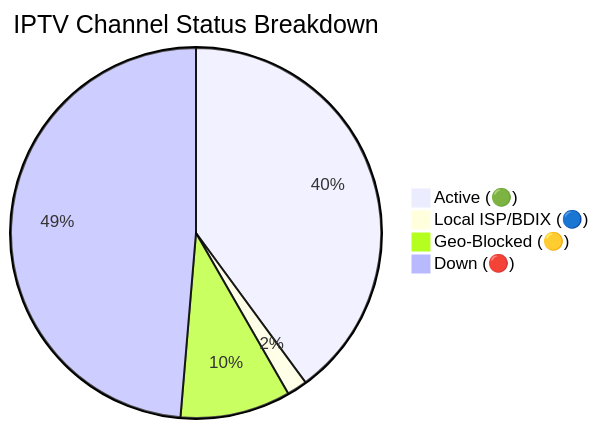
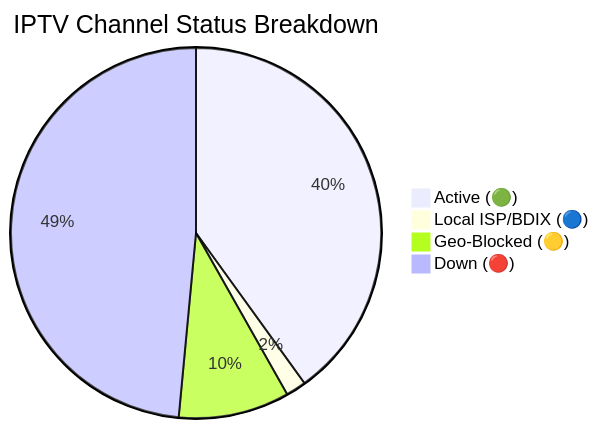
One commit to andreataylord/Ip-tv-Collection changed the diagram in README.md. Above: the diagram before and after it, drawn with Mermaid. The commit also changed other lines of this file and 2 other files, not shown here.

````diff
--- a/README.md
+++ b/README.md
@@ -59,7 +59,7 @@
 ```mermaid
 pie title IPTV Channel Status Breakdown
-    "Active (🟢)" : 2892
+    "Active (🟢)" : 2901
     "Local ISP/BDIX (🔵)" : 128
-    "Geo-Blocked (🟡)" : 698
-    "Down (🔴)" : 3524
+    "Geo-Blocked (🟡)" : 701
+    "Down (🔴)" : 3514
 ```
````
